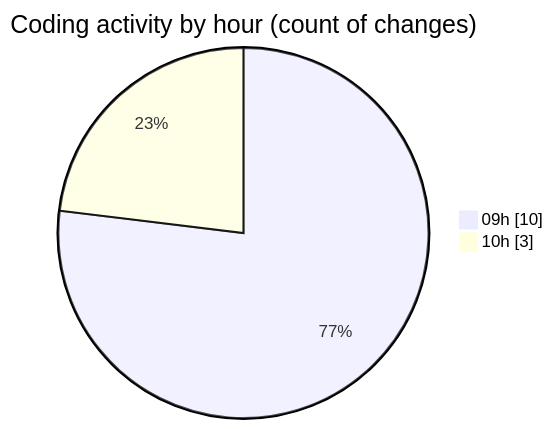
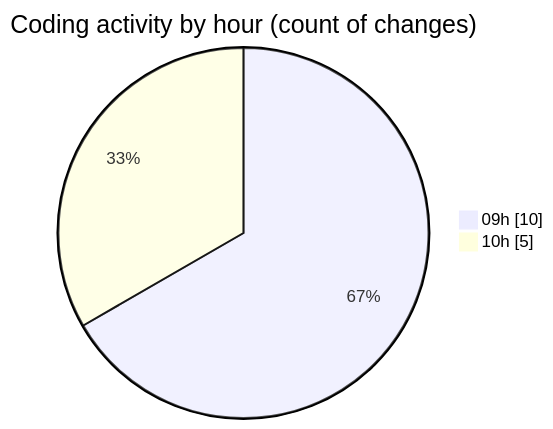
One commit to CELIANVF/code-tracking changed the second of 2 diagrams in 2025-05-09/ecodeli/README.md. Above: the diagram before and after it, drawn with Mermaid. The commit also changed other lines of this file and 1 other file, not shown here.

````diff
--- a/2025-05-09/ecodeli/README.md
+++ b/2025-05-09/ecodeli/README.md
@@ -35,6 +36,6 @@
 ```mermaid
 pie showData
 title Coding activity by hour (count of changes)
 "09h" : 10
-"10h" : 3
+"10h" : 5
 ```
````
